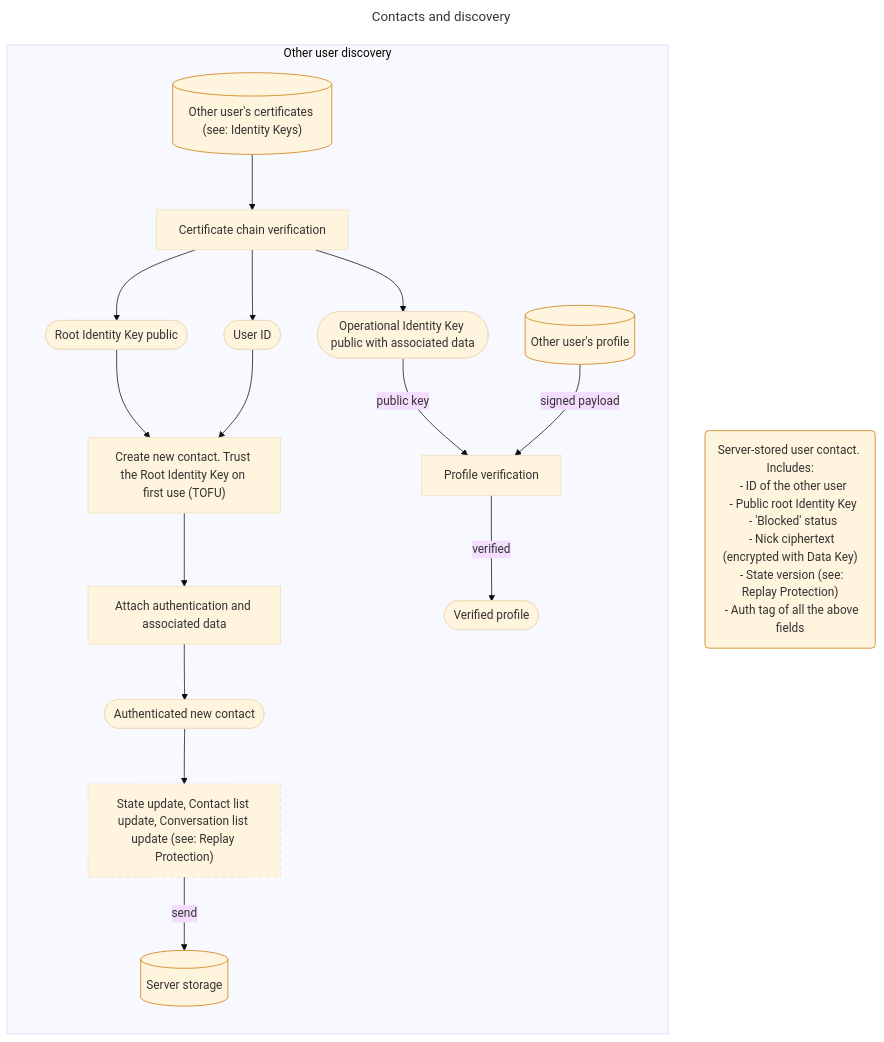
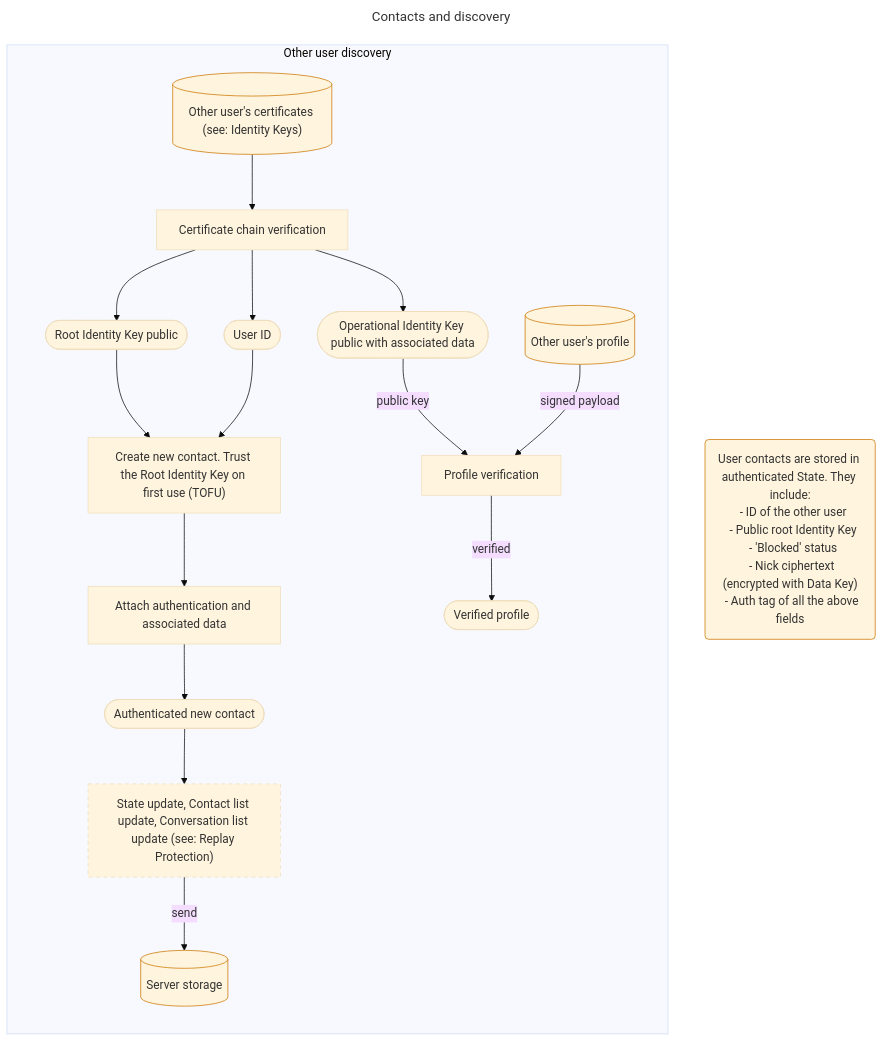
The diagram in crypto-protocol/contacts-and-discovery.mmd (noIdeaForTheUsername/chat), drawn with Mermaid (base theme) before and after one commit. The commit also changed 4 other files, not shown here.

Commit message:
simplified replay protection (crypto)

```diff
--- a/crypto-protocol/contacts-and-discovery.mmd
+++ b/crypto-protocol/contacts-and-discovery.mmd
@@ -1,44 +1,44 @@
 ---
 title: Contacts and discovery
 ---
 
 flowchart TB
   classDef dashed stroke-dasharray: 5 5
   classDef serverStored stroke:#C70
 
   contactInfo("`
-  Server-stored user contact. Includes:
+  User contacts are stored in authenticated State. They include:
   - ID of the other user
   - Public root Identity Key
   - 'Blocked' status
   - Nick ciphertext (encrypted with Data Key)
-  - State version (see: Replay Protection)
+  %% - State version (see: Replay Protection)
   - Auth tag of all the above fields`")
   class contactInfo serverStored
 
   subgraph "Other user discovery"
     direction TB
     profile[("Other user's profile")]
     cert[("Other user's certificates (see: Identity Keys)")]
     class profile,cert serverStored
 
     cert --> certVerif["Certificate chain verification"]
     certVerif --> rootIkPub(["Root Identity Key public"])
     certVerif --> id(["User ID"])
     
     rootIkPub --> newContact["Create new contact. Trust the Root Identity Key on first use (TOFU)"]
     id --> newContact
     newContact --> authenticateNewContact["Attach authentication and associated data"]
 
     authenticateNewContact --> authedNewContact(["Authenticated new contact"])
     authedNewContact --> stateUpdate["State update, Contact list update, Conversation list update (see: Replay Protection)"]
     stateUpdate -->|send| serverStorage[("Server storage")]
     class stateUpdate dashed
     class serverStorage serverStored
 
     certVerif --> operationalIkPub(["Operational Identity Key public with associated data"])
     operationalIkPub -->|public key| profileVerif["Profile verification"]
     profile -->|signed payload| profileVerif
     profileVerif -->|verified| verifiedProfile(["Verified profile"])
 
   end
```
